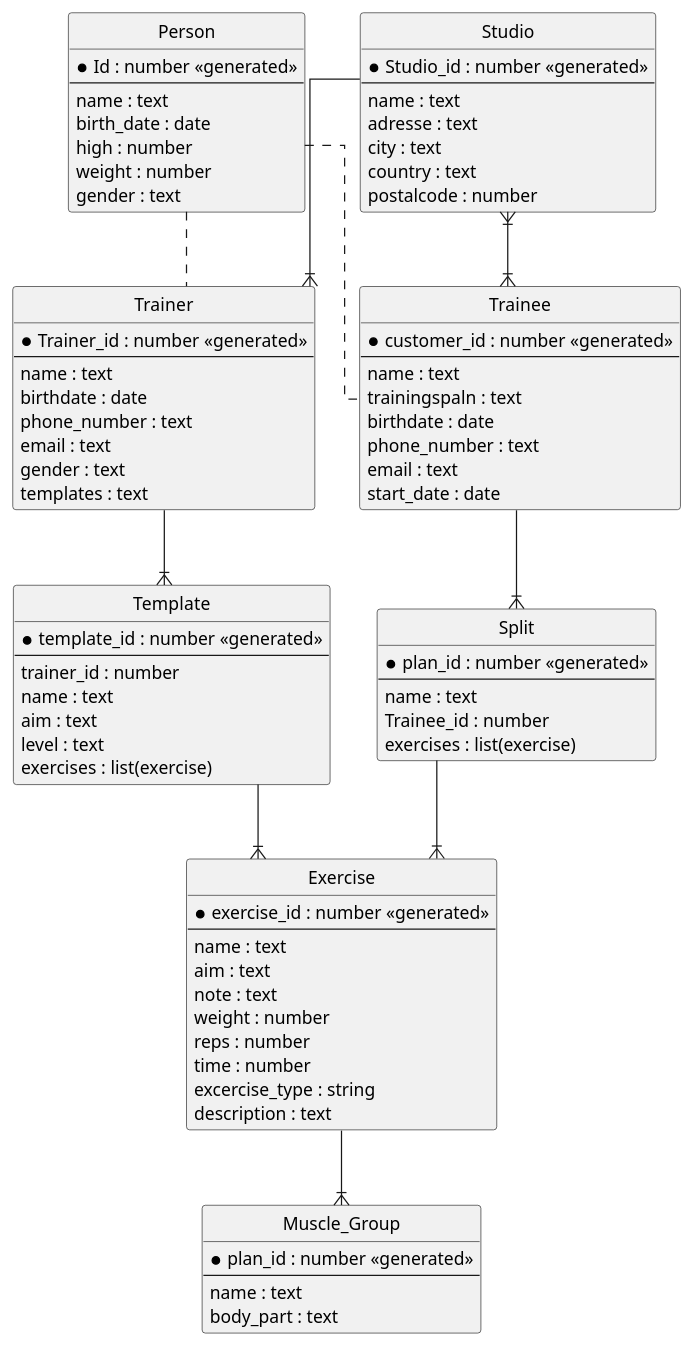
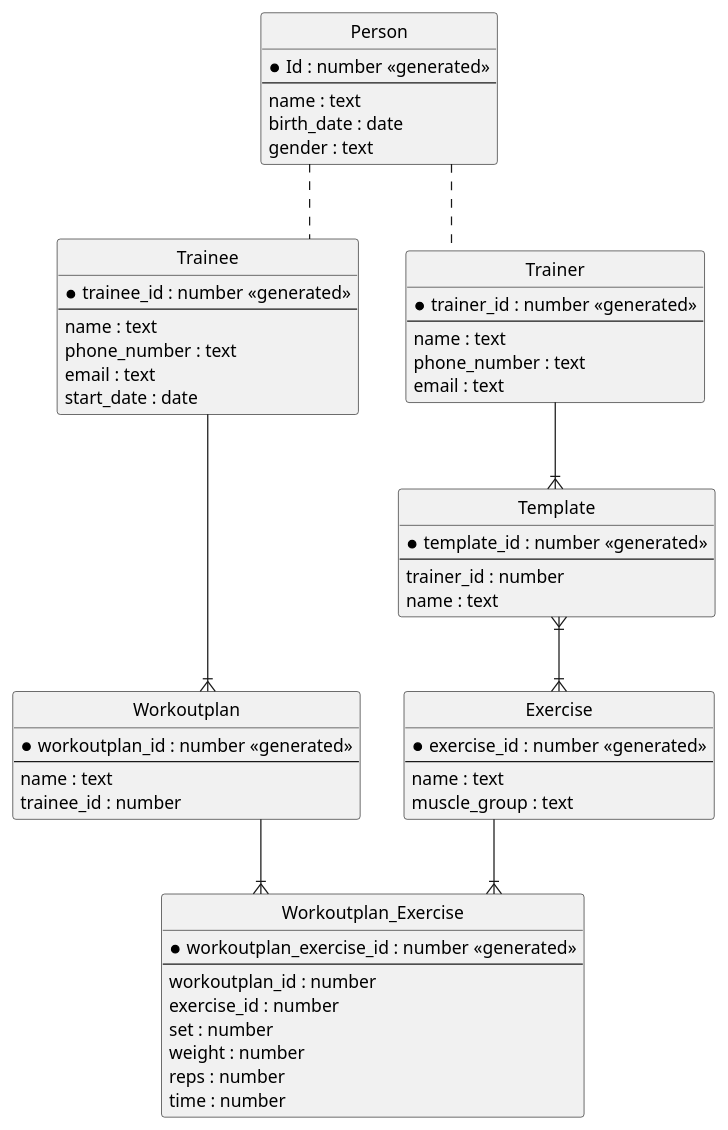
One commit to Wunder-WEBT/AberGym changed the diagram in ProjectDocuments/ERD.plantuml. Above: the diagram before and after it, drawn with PlantUML.

```diff
--- a/ProjectDocuments/ERD.plantuml
+++ b/ProjectDocuments/ERD.plantuml
@@ -3,99 +3,76 @@
 @startuml
 ' hide the spot
 hide circle
 
 ' avoid problems with angled crows feet
 skinparam linetype ortho
 
 
 entity "Person" as person {
   *Id : number <<generated>>
   --
   name : text
   birth_date : date
-  high : number
-  weight : number
   gender : text
 }
 
 entity "Trainee" as trainee {
-  *customer_id : number <<generated>>
+  *trainee_id : number <<generated>>
   --
   name : text
-  trainingspaln : text
-  birthdate : date
   phone_number : text
   email : text
   start_date : date
 }
 
 entity "Trainer" as trainer {
-  *Trainer_id : number <<generated>>
+  *trainer_id : number <<generated>>
   --
   name : text
-  birthdate : date
   phone_number : text
   email : text
-  gender : text
-  templates : text
 }
 
 entity "Template" as template {
   *template_id : number <<generated>>
   --
   trainer_id : number
   name : text
-  aim : text
-  level : text
-  exercises : list(exercise)
 }
 
 entity "Exercise" as exercise {
   *exercise_id : number <<generated>>
   --
   name : text
-  aim : text
-  note : text
+  muscle_group : text
+}
+
+entity "Workoutplan" as w_plan {
+  *workoutplan_id : number <<generated>>
+  --
+  name : text
+  trainee_id : number
+}
+
+entity "Workoutplan_Exercise" as w_e {
+  *workoutplan_exercise_id : number <<generated>>
+  --
+  workoutplan_id : number
+  exercise_id : number
+  set : number
   weight : number
   reps : number
   time : number
-  excercise_type : string
-  description : text
 }
 
-entity "Split" as t_plan {
-  *plan_id : number <<generated>>
-  --
-  name : text
-  Trainee_id : number
-  exercises : list(exercise)
-}
 
-entity "Muscle_Group" as e_group{
-   *plan_id : number <<generated>>
-   --
-   name : text
-   body_part : text
-}
 
-entity "Studio" as studio{
-   *Studio_id : number <<generated>>
-   --
-   name : text
-   adresse : text
-   city : text
-   country : text
-   postalcode : number
-}
-studio }|--|{ trainee
-studio --|{ trainer
 person .. trainee
 person .. trainer
 trainer --|{ template
-trainee --|{ t_plan
-template --|{ exercise
-
-exercise --|{ e_group
-t_plan --|{ exercise
+trainee --|{ w_plan
+template }|--|{ exercise
+w_plan --|{ w_e
+exercise --|{ w_e
 
 @enduml
```
